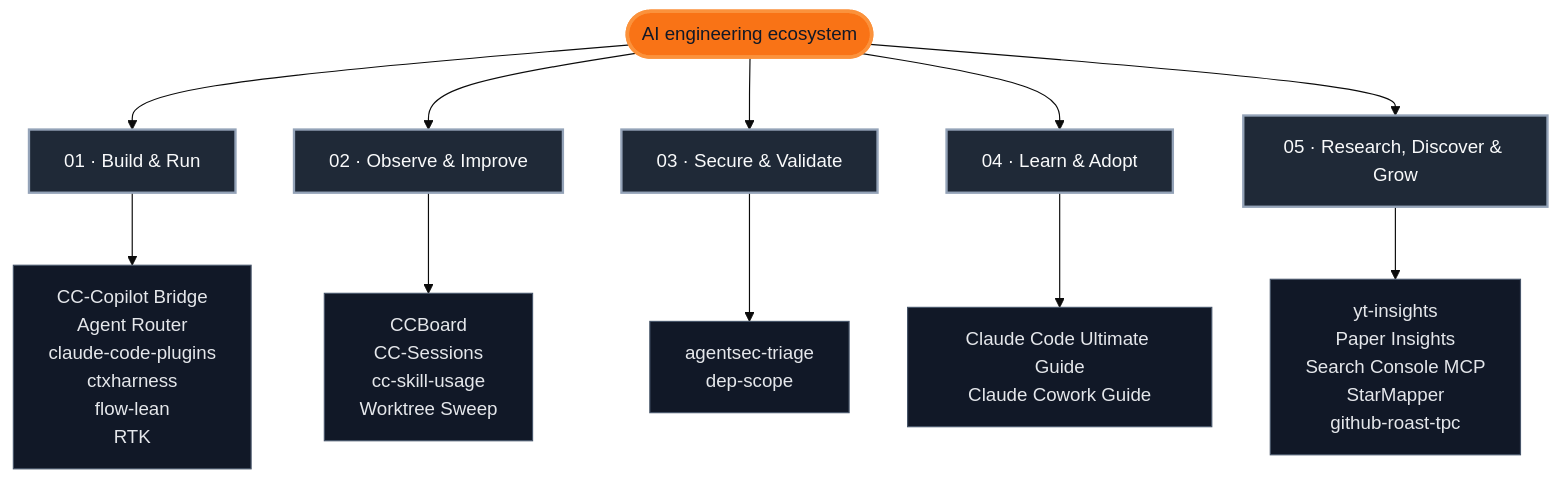
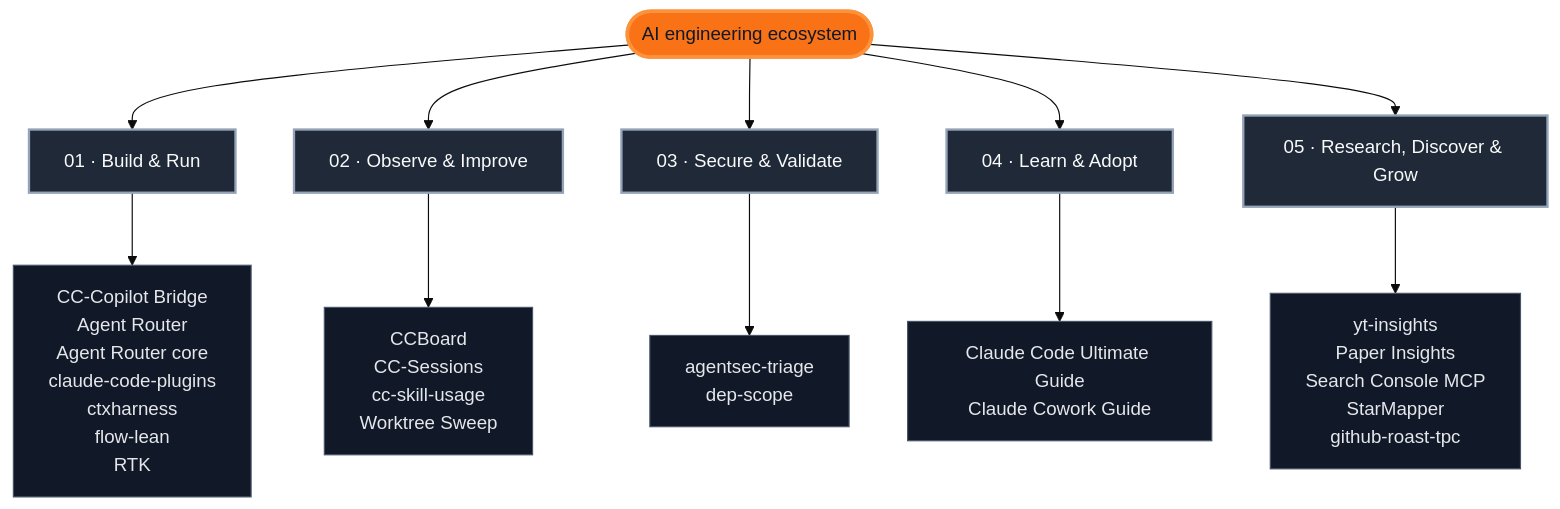
One commit to FlorianBruniaux/FlorianBruniaux changed the diagram in README.md. Above: the diagram before and after it, drawn with Mermaid (base theme). The commit also changed other lines of this file and 3 other files, not shown here.

First line of the commit message:
docs(profile): add the Agent Router core snapshot to the catalog

````diff
--- a/README.md
+++ b/README.md
@@ -104,22 +104,22 @@
 ```mermaid
 flowchart TB
   accTitle: AI engineering ecosystem map
-  accDescr: Five routes connect the ecosystem hub to all 19 projects
+  accDescr: Five routes connect the ecosystem hub to all 20 projects
   hub(["AI engineering ecosystem"])
   hub --> build_run["01 · Build & Run"]
-  build_run --> build_run_projects["CC-Copilot Bridge<br/>Agent Router<br/>claude-code-plugins<br/>ctxharness<br/>flow-lean<br/>RTK"]
+  build_run --> build_run_projects["CC-Copilot Bridge<br/>Agent Router<br/>Agent Router core<br/>claude-code-plugins<br/>ctxharness<br/>flow-lean<br/>RTK"]
   hub --> observe_improve["02 · Observe & Improve"]
   observe_improve --> observe_improve_projects["CCBoard<br/>CC-Sessions<br/>cc-skill-usage<br/>Worktree Sweep"]
   hub --> secure_validate["03 · Secure & Validate"]
   secure_validate --> secure_validate_projects["agentsec-triage<br/>dep-scope"]
   hub --> learn_adopt["04 · Learn & Adopt"]
   learn_adopt --> learn_adopt_projects["Claude Code Ultimate Guide<br/>Claude Cowork Guide"]
   hub --> research_discover_grow["05 · Research, Discover & Grow"]
   research_discover_grow --> research_discover_grow_projects["yt-insights<br/>Paper Insights<br/>Search Console MCP<br/>StarMapper<br/>github-roast-tpc"]
   classDef hub fill:#f97316,color:#111827,stroke:#fb923c,stroke-width:3px
   classDef route fill:#1f2937,color:#f9fafb,stroke:#94a3b8,stroke-width:2px
   classDef projects fill:#111827,color:#e5e7eb,stroke:#475569
   class hub hub
   class build_run,observe_improve,secure_validate,learn_adopt,research_discover_grow route
   class build_run_projects,observe_improve_projects,secure_validate_projects,learn_adopt_projects,research_discover_grow_projects projects
 ```
````
